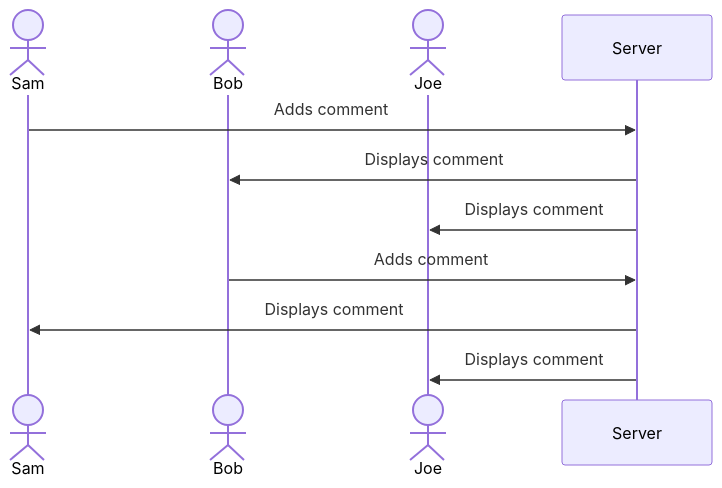
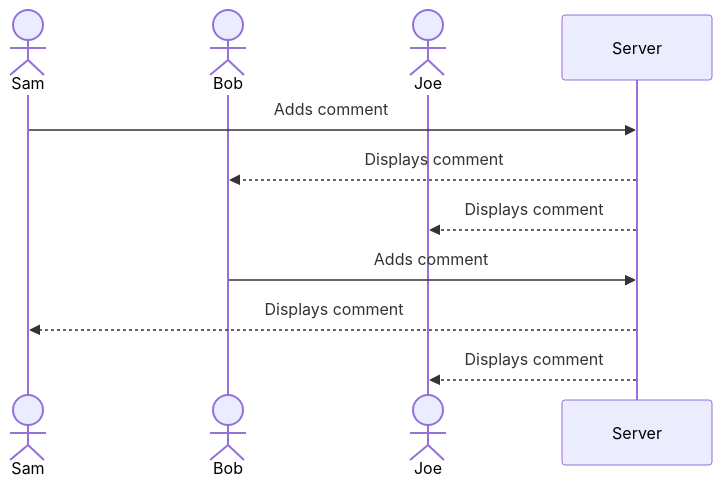
One commit to bjbutterfield25/startup changed the diagram in README.md. Above: the diagram before and after it, drawn with Mermaid.

Commit message:
Updated README-Sequencing2

````diff
--- a/README.md
+++ b/README.md
@@ -26,13 +26,13 @@
 ```mermaid
 sequenceDiagram
     actor Sam
     actor Bob
     actor Joe
     participant Server
     Sam->>Server: Adds comment
-    Server->>Bob: Displays comment
-    Server->>Joe: Displays comment
+    Server-->>Bob: Displays comment
+    Server-->>Joe: Displays comment
     Bob->>Server: Adds comment
-    Server->>Sam: Displays comment
-    Server->>Joe: Displays comment
+    Server-->>Sam: Displays comment
+    Server-->>Joe: Displays comment
 ```
````
